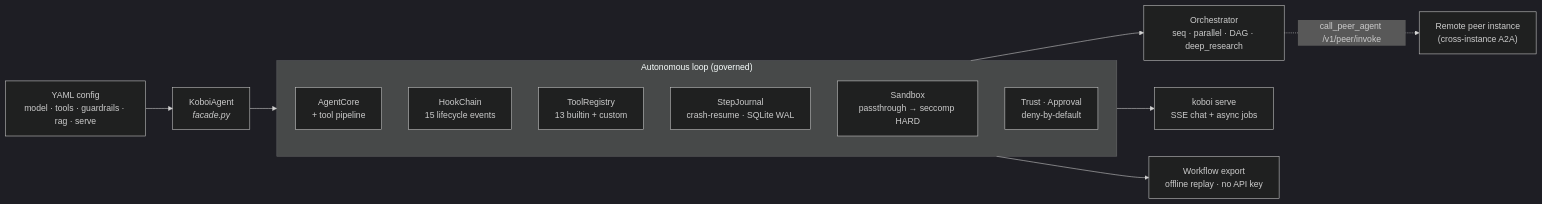
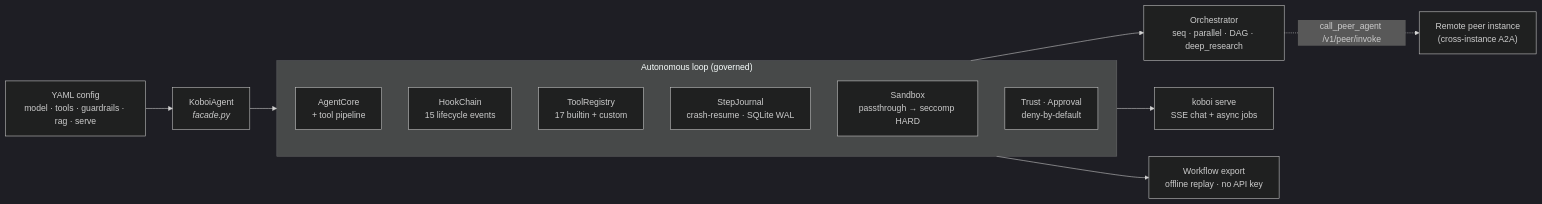
Before and after one commit to hedypamungkas/koboi-agent: the diagram in README.md, drawn with Mermaid (dark theme). The commit also changed other lines of this file and 3 other files, not shown here.

````diff
--- a/README.md
+++ b/README.md
@@ -243,19 +244,19 @@
 ```mermaid
 flowchart LR
   CFG["YAML config<br/>model · tools · guardrails · rag · serve"] --> FAC["KoboiAgent<br/><i>facade.py</i>"]
 
   subgraph LOOP["Autonomous loop (governed)"]
     AC["AgentCore<br/>+ tool pipeline"]
     HK["HookChain<br/>15 lifecycle events"]
-    TR["ToolRegistry<br/>13 builtin + custom"]
+    TR["ToolRegistry<br/>17 builtin + custom"]
     JN["StepJournal<br/>crash-resume · SQLite WAL"]
     SB["Sandbox<br/>passthrough → seccomp HARD"]
     TU["Trust · Approval<br/>deny-by-default"]
   end
 
   FAC --> LOOP
   LOOP --> OUT["Orchestrator<br/>seq · parallel · DAG · deep_research"]
   LOOP --> SRV["koboi serve<br/>SSE chat + async jobs"]
   LOOP --> WF["Workflow export<br/>offline replay · no API key"]
   OUT -.->|"call_peer_agent /v1/peer/invoke"| PEER["Remote peer instance<br/>(cross-instance A2A)"]
 ```
````
